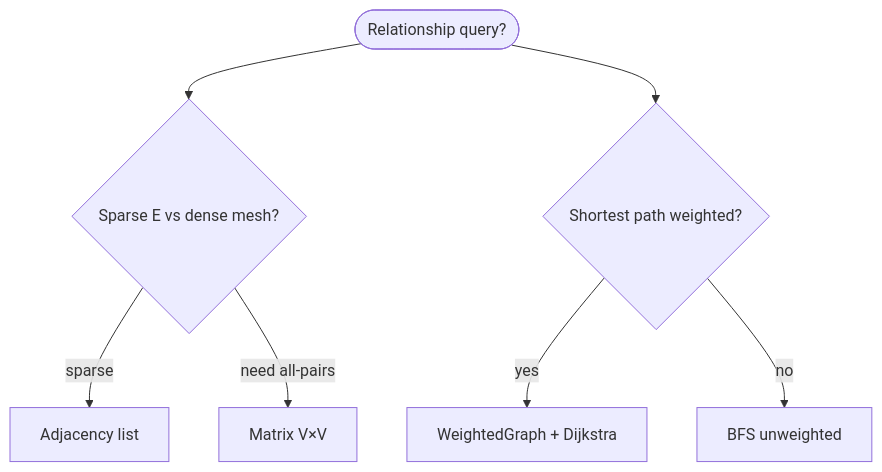
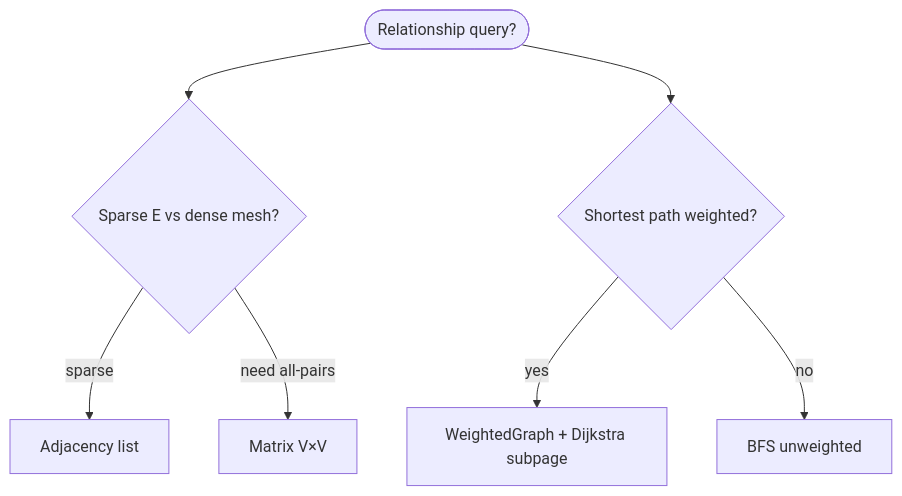
Before and after one commit to qgjones9/python-programming-guide: diagram 12 of 12 in docs/dsa/data-structures/graphs/index.md, drawn with Mermaid. The commit also changed other lines of this file and 18 other files, not shown here.

````diff
--- a/docs/dsa/data-structures/graphs/index.md
+++ b/docs/dsa/data-structures/graphs/index.md
@@ -496,10 +742,10 @@
 ```mermaid
 flowchart TD
  Q([Relationship query?])
  Q --> S{Sparse E vs dense mesh?}
  S -->|sparse| AL["Adjacency list"]
  S -->|need all-pairs| AM["Matrix V×V"]
  Q --> P{Shortest path weighted?}
- P -->|yes| D["WeightedGraph + Dijkstra"]
+ P -->|yes| D["WeightedGraph + Dijkstra subpage"]
  P -->|no| B["BFS unweighted"]
 ```
````
